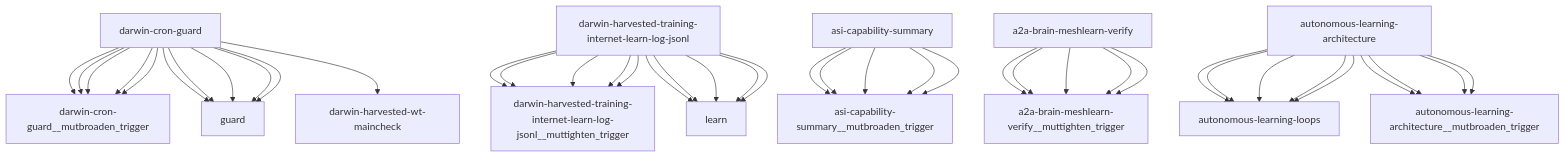
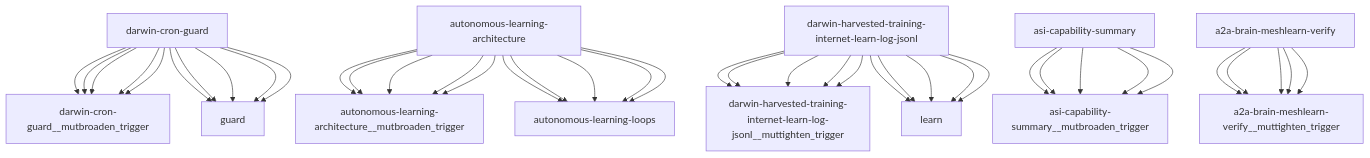
One commit to openamer/openamer changed the diagram in reports/darwin-report.md. Above: the diagram before and after it, drawn with Mermaid. The commit also changed other lines of this file and 830 other files, not shown here.

````diff
--- a/reports/darwin-report.md
+++ b/reports/darwin-report.md
@@ -75,43 +75,43 @@
 ```mermaid
 graph TD
     darwin-cron-guard["darwin-cron-guard"] --> darwin-cron-guard__mutbroaden_trigger["darwin-cron-guard__mutbroaden_trigger"]
+    autonomous-learning-architecture["autonomous-learning-architecture"] --> autonomous-learning-architecture__mutbroaden_trigger["autonomous-learning-architecture__mutbroaden_trigger"]
     darwin-harvested-training-internet-learn-log-jsonl["darwin-harvested-training-internet-learn-log-jsonl"] --> darwin-harvested-training-internet-learn-log-jsonl__muttighten_trigger["darwin-harvested-training-internet-learn-log-jsonl__muttighten_trigger"]
     asi-capability-summary["asi-capability-summary"] --> asi-capability-summary__mutbroaden_trigger["asi-capability-summary__mutbroaden_trigger"]
     a2a-brain-meshlearn-verify["a2a-brain-meshlearn-verify"] --> a2a-brain-meshlearn-verify__muttighten_trigger["a2a-brain-meshlearn-verify__muttighten_trigger"]
+    darwin-cron-guard["darwin-cron-guard"] --> guard["guard"]
     autonomous-learning-architecture["autonomous-learning-architecture"] --> autonomous-learning-loops["autonomous-learning-loops"]
-    darwin-cron-guard["darwin-cron-guard"] --> guard["guard"]
-    darwin-harvested-training-internet-learn-log-jsonl["darwin-harvested-training-internet-learn-log-jsonl"] --> learn["learn"]
-    autonomous-learning-architecture["autonomous-learning-architecture"] --> autonomous-learning-architecture__mutbroaden_trigger["autonomous-learning-architecture__mutbroaden_trigger"]
-    darwin-cron-guard["darwin-cron-guard"] --> darwin-cron-guard__mutbroaden_trigger["darwin-cron-guard__mutbroaden_trigger"]
-    darwin-harvested-training-internet-learn-log-jsonl["darwin-harvested-training-internet-learn-log-jsonl"] --> darwin-harvested-training-internet-learn-log-jsonl__muttighten_trigger["darwin-harvested-training-internet-learn-log-jsonl__muttighten_trigger"]
-    asi-capability-summary["asi-capability-summary"] --> asi-capability-summary__mutbroaden_trigger["asi-capability-summary__mutbroaden_trigger"]
-    a2a-brain-meshlearn-verify["a2a-brain-meshlearn-verify"] --> a2a-brain-meshlearn-verify__muttighten_trigger["a2a-brain-meshlearn-verify__muttighten_trigger"]
-    autonomous-learning-architecture["autonomous-learning-architecture"] --> autonomous-learning-loops["autonomous-learning-loops"]
-    darwin-cron-guard["darwin-cron-guard"] --> guard["guard"]
     darwin-harvested-training-internet-learn-log-jsonl["darwin-harvested-training-internet-learn-log-jsonl"] --> learn["learn"]
     darwin-cron-guard["darwin-cron-guard"] --> darwin-cron-guard__mutbroaden_trigger["darwin-cron-guard__mutbroaden_trigger"]
     autonomous-learning-architecture["autonomous-learning-architecture"] --> autonomous-learning-architecture__mutbroaden_trigger["autonomous-learning-architecture__mutbroaden_trigger"]
     darwin-harvested-training-internet-learn-log-jsonl["darwin-harvested-training-internet-learn-log-jsonl"] --> darwin-harvested-training-internet-learn-log-jsonl__muttighten_trigger["darwin-harvested-training-internet-learn-log-jsonl__muttighten_trigger"]
     asi-capability-summary["asi-capability-summary"] --> asi-capability-summary__mutbroaden_trigger["asi-capability-summary__mutbroaden_trigger"]
     a2a-brain-meshlearn-verify["a2a-brain-meshlearn-verify"] --> a2a-brain-meshlearn-verify__muttighten_trigger["a2a-brain-meshlearn-verify__muttighten_trigger"]
     darwin-cron-guard["darwin-cron-guard"] --> guard["guard"]
     autonomous-learning-architecture["autonomous-learning-architecture"] --> autonomous-learning-loops["autonomous-learning-loops"]
     darwin-harvested-training-internet-learn-log-jsonl["darwin-harvested-training-internet-learn-log-jsonl"] --> learn["learn"]
     darwin-cron-guard["darwin-cron-guard"] --> darwin-cron-guard__mutbroaden_trigger["darwin-cron-guard__mutbroaden_trigger"]
     autonomous-learning-architecture["autonomous-learning-architecture"] --> autonomous-learning-architecture__mutbroaden_trigger["autonomous-learning-architecture__mutbroaden_trigger"]
     darwin-harvested-training-internet-learn-log-jsonl["darwin-harvested-training-internet-learn-log-jsonl"] --> darwin-harvested-training-internet-learn-log-jsonl__muttighten_trigger["darwin-harvested-training-internet-learn-log-jsonl__muttighten_trigger"]
     asi-capability-summary["asi-capability-summary"] --> asi-capability-summary__mutbroaden_trigger["asi-capability-summary__mutbroaden_trigger"]
     a2a-brain-meshlearn-verify["a2a-brain-meshlearn-verify"] --> a2a-brain-meshlearn-verify__muttighten_trigger["a2a-brain-meshlearn-verify__muttighten_trigger"]
-    darwin-cron-guard["darwin-cron-guard"] --> darwin-harvested-wt-maincheck["darwin-harvested-wt-maincheck"]
+    darwin-cron-guard["darwin-cron-guard"] --> guard["guard"]
+    autonomous-learning-architecture["autonomous-learning-architecture"] --> autonomous-learning-loops["autonomous-learning-loops"]
+    darwin-harvested-training-internet-learn-log-jsonl["darwin-harvested-training-internet-learn-log-jsonl"] --> learn["learn"]
+    darwin-cron-guard["darwin-cron-guard"] --> darwin-cron-guard__mutbroaden_trigger["darwin-cron-guard__mutbroaden_trigger"]
+    autonomous-learning-architecture["autonomous-learning-architecture"] --> autonomous-learning-architecture__mutbroaden_trigger["autonomous-learning-architecture__mutbroaden_trigger"]
+    darwin-harvested-training-internet-learn-log-jsonl["darwin-harvested-training-internet-learn-log-jsonl"] --> darwin-harvested-training-internet-learn-log-jsonl__muttighten_trigger["darwin-harvested-training-internet-learn-log-jsonl__muttighten_trigger"]
+    asi-capability-summary["asi-capability-summary"] --> asi-capability-summary__mutbroaden_trigger["asi-capability-summary__mutbroaden_trigger"]
+    a2a-brain-meshlearn-verify["a2a-brain-meshlearn-verify"] --> a2a-brain-meshlearn-verify__muttighten_trigger["a2a-brain-meshlearn-verify__muttighten_trigger"]
     darwin-cron-guard["darwin-cron-guard"] --> guard["guard"]
     autonomous-learning-architecture["autonomous-learning-architecture"] --> autonomous-learning-loops["autonomous-learning-loops"]
     darwin-harvested-training-internet-learn-log-jsonl["darwin-harvested-training-internet-learn-log-jsonl"] --> learn["learn"]
     darwin-cron-guard["darwin-cron-guard"] --> darwin-cron-guard__mutbroaden_trigger["darwin-cron-guard__mutbroaden_trigger"]
     autonomous-learning-architecture["autonomous-learning-architecture"] --> autonomous-learning-architecture__mutbroaden_trigger["autonomous-learning-architecture__mutbroaden_trigger"]
     darwin-harvested-training-internet-learn-log-jsonl["darwin-harvested-training-internet-learn-log-jsonl"] --> darwin-harvested-training-internet-learn-log-jsonl__muttighten_trigger["darwin-harvested-training-internet-learn-log-jsonl__muttighten_trigger"]
     asi-capability-summary["asi-capability-summary"] --> asi-capability-summary__mutbroaden_trigger["asi-capability-summary__mutbroaden_trigger"]
     a2a-brain-meshlearn-verify["a2a-brain-meshlearn-verify"] --> a2a-brain-meshlearn-verify__muttighten_trigger["a2a-brain-meshlearn-verify__muttighten_trigger"]
     darwin-cron-guard["darwin-cron-guard"] --> guard["guard"]
     autonomous-learning-architecture["autonomous-learning-architecture"] --> autonomous-learning-loops["autonomous-learning-loops"]
     darwin-harvested-training-internet-learn-log-jsonl["darwin-harvested-training-internet-learn-log-jsonl"] --> learn["learn"]
 ```
````
